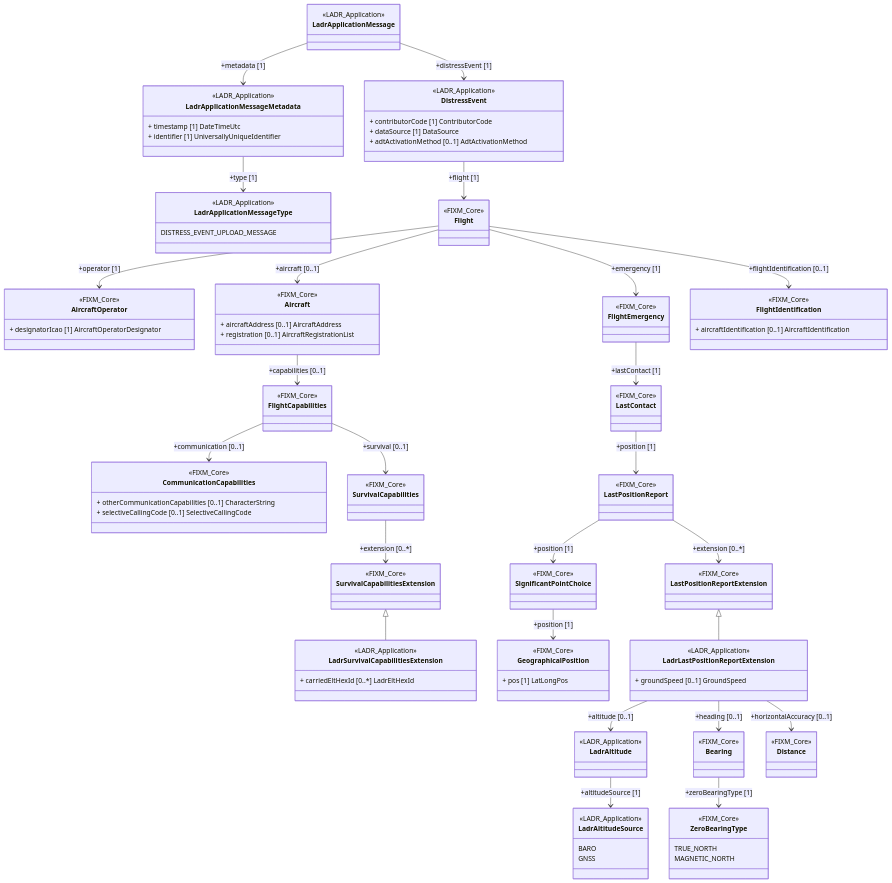
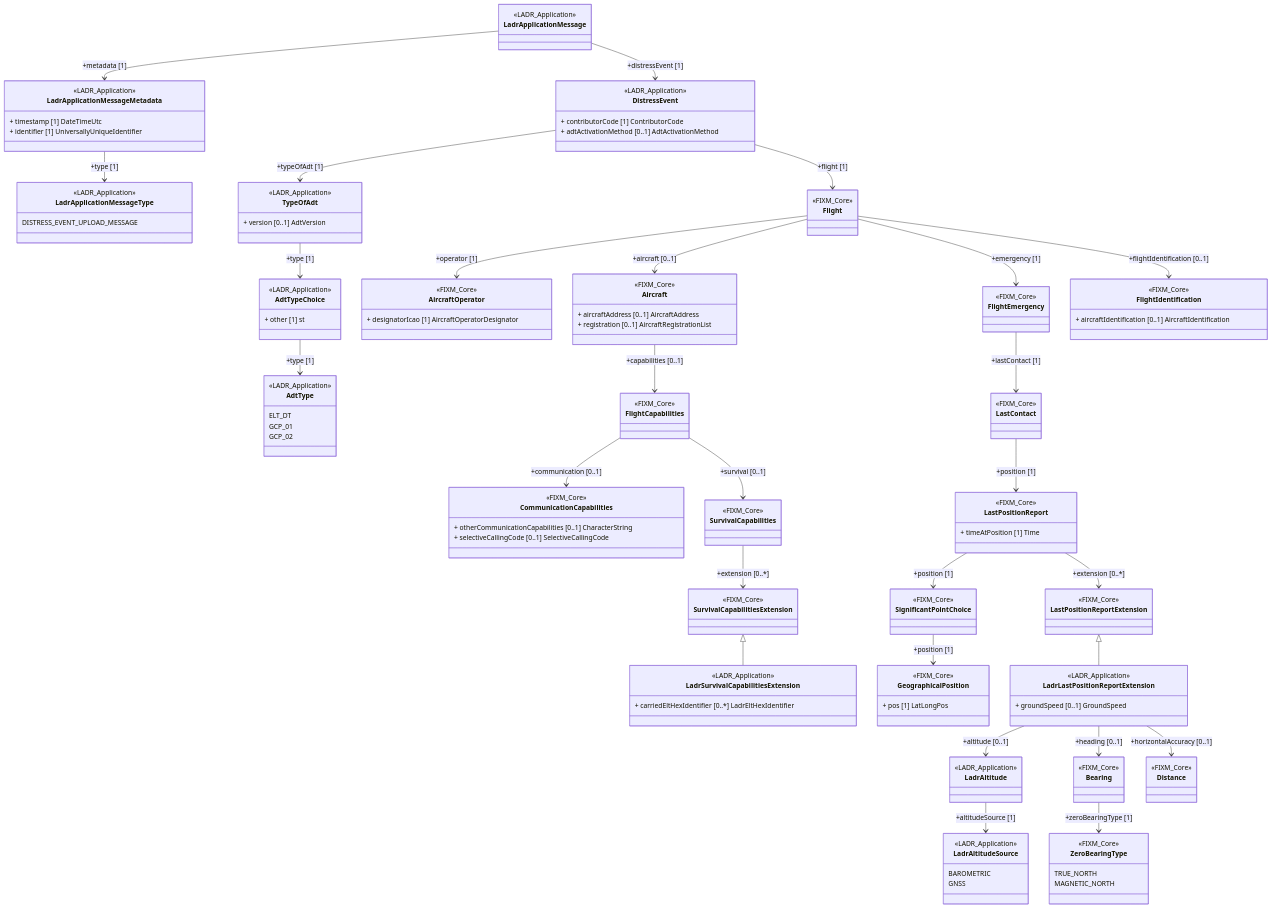
One commit to eurocontrol-ladr/ladrApplicationMessages changed the second of 2 diagrams in schemas/distressEventUploadMessage/readMe.md. Above: the diagram before and after it, drawn with Mermaid. The commit also changed other lines of this file, not shown here.

```diff
--- a/schemas/distressEventUploadMessage/readMe.md
+++ b/schemas/distressEventUploadMessage/readMe.md
@@ -32,7 +32,20 @@
 class DistressEvent	
 <<LADR_Application>> DistressEvent	
 DistressEvent : + contributorCode [1] ContributorCode	
-DistressEvent : + dataSource [1] DataSource	
+class TypeOfAdt	
+<<LADR_Application>> TypeOfAdt	
+class AdtTypeChoice	
+<<LADR_Application>> AdtTypeChoice	
+class AdtType	
+<<LADR_Application>> AdtType	
+AdtType : ELT_DT	
+AdtType : GCP_01	
+AdtType : GCP_02	
+AdtTypeChoice --> AdtType : +type [1]	
+AdtTypeChoice : + other [1] st	
+TypeOfAdt --> AdtTypeChoice : +type [1]	
+TypeOfAdt : + version [0..1] AdtVersion	
+DistressEvent --> TypeOfAdt : +typeOfAdt [1]	
 DistressEvent : + adtActivationMethod [0..1] AdtActivationMethod	
 class Flight	
 <<FIXM_Core>> Flight	
@@ -56,7 +69,7 @@
 <<FIXM_Core>> SurvivalCapabilitiesExtension	
 class LadrSurvivalCapabilitiesExtension	
 <<LADR_Application>> LadrSurvivalCapabilitiesExtension	
-LadrSurvivalCapabilitiesExtension : + carriedEltHexId [0..*] LadrEltHexId	
+LadrSurvivalCapabilitiesExtension : + carriedEltHexIdentifier [0..*] LadrEltHexIdentifier	
 SurvivalCapabilitiesExtension<|-- LadrSurvivalCapabilitiesExtension	
 SurvivalCapabilities --> SurvivalCapabilitiesExtension : +extension [0..*]	
 FlightCapabilities --> SurvivalCapabilities : +survival [0..1]	
@@ -76,6 +89,7 @@
 GeographicalPosition : + pos [1] LatLongPos	
 SignificantPointChoice --> GeographicalPosition : +position [1]	
 LastPositionReport --> SignificantPointChoice : +position [1]	
+LastPositionReport : + timeAtPosition [1] Time	
 class LastPositionReportExtension	
 <<FIXM_Core>> LastPositionReportExtension	
 class LadrLastPositionReportExtension	
@@ -84,7 +98,7 @@
 <<LADR_Application>> LadrAltitude	
 class LadrAltitudeSource	
 <<LADR_Application>> LadrAltitudeSource	
-LadrAltitudeSource : BARO	
+LadrAltitudeSource : BAROMETRIC	
 LadrAltitudeSource : GNSS	
 LadrAltitude --> LadrAltitudeSource : +altitudeSource [1]	
 LadrLastPositionReportExtension --> LadrAltitude : +altitude [0..1]	
```
